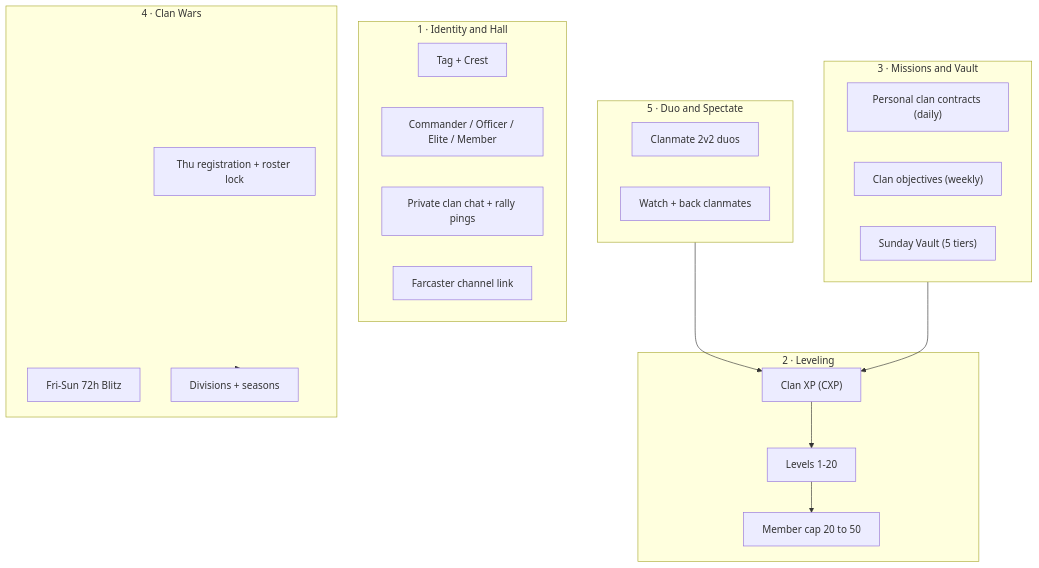
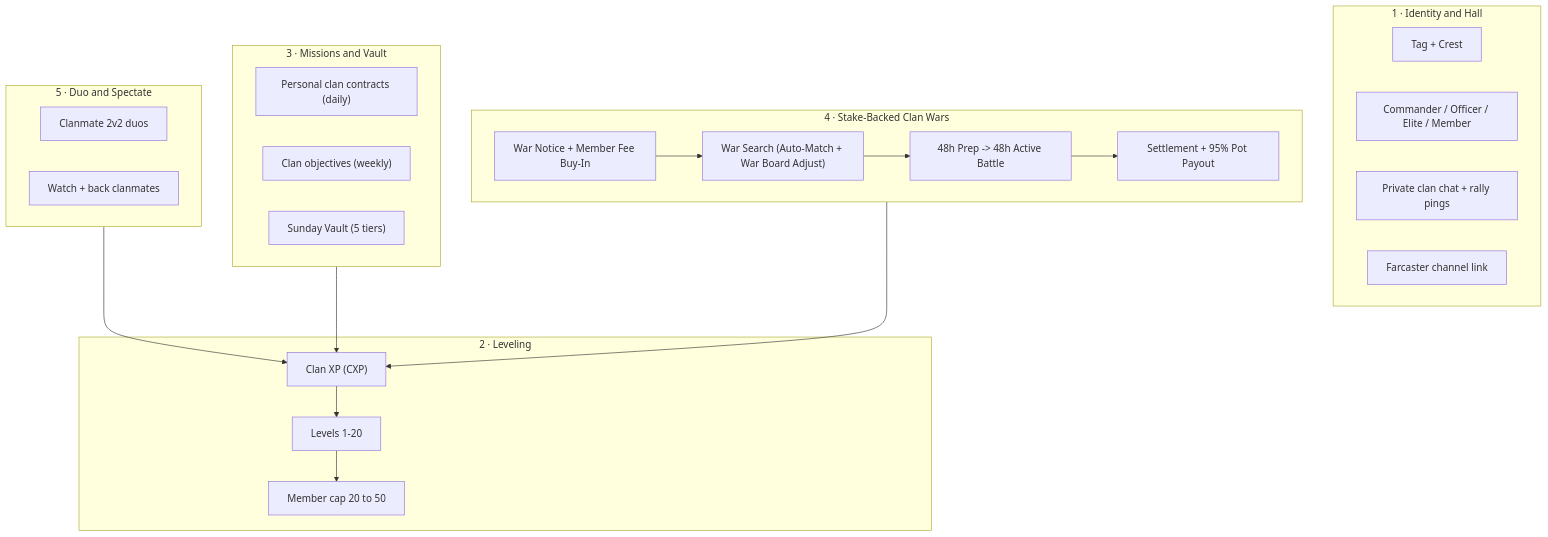
Before and after one commit to mrongSubho/ludo-base: the first of 6 diagrams in docs/planning/CLAN_SYSTEM_PLAN.md, drawn with Mermaid. The commit also changed other lines of this file, not shown here.

Commit message:
docs(planning): stake-backed Clan War lifecycle — Call-to-Arms buy-in, War Board stake adjustment, 48h prep, 48h war, settlement

````diff
--- a/docs/planning/CLAN_SYSTEM_PLAN.md
+++ b/docs/planning/CLAN_SYSTEM_PLAN.md
@@ -86,32 +91,34 @@
 ```mermaid
 graph TD
     subgraph P1["1 · Identity and Hall"]
         Tag["Tag + Crest"]
         Roles["Commander / Officer / Elite / Member"]
         Chat["Private clan chat + rally pings"]
         FC["Farcaster channel link"]
     end
     subgraph P2["2 · Leveling"]
         CXP["Clan XP (CXP)"]
         Lvl["Levels 1-20"]
         Cap["Member cap 20 to 50"]
     end
     subgraph P3["3 · Missions and Vault"]
         Daily["Personal clan contracts (daily)"]
         Weekly["Clan objectives (weekly)"]
         Vault["Sunday Vault (5 tiers)"]
     end
-    subgraph P4["4 · Clan Wars"]
-        Reg["Thu registration + roster lock"]
-        Blitz["Fri-Sun 72h Blitz"]
-        League["Divisions + seasons"]
+    subgraph P4["4 · Stake-Backed Clan Wars"]
+        Notice["War Notice + Member Fee Buy-In"]
+        Search["War Search (Auto-Match + War Board Adjust)"]
+        Prep["48h Prep -> 48h Active Battle"]
+        Settle["Settlement + 95% Pot Payout"]
+        Notice --> Search --> Prep --> Settle
     end
     subgraph P5["5 · Duo and Spectate"]
         Duo["Clanmate 2v2 duos"]
         Rally["Watch + back clanmates"]
     end
     P5 --> CXP
     P3 --> CXP
-    P4 --> League
+    P4 --> CXP
     CXP --> Lvl --> Cap
 ```
````
